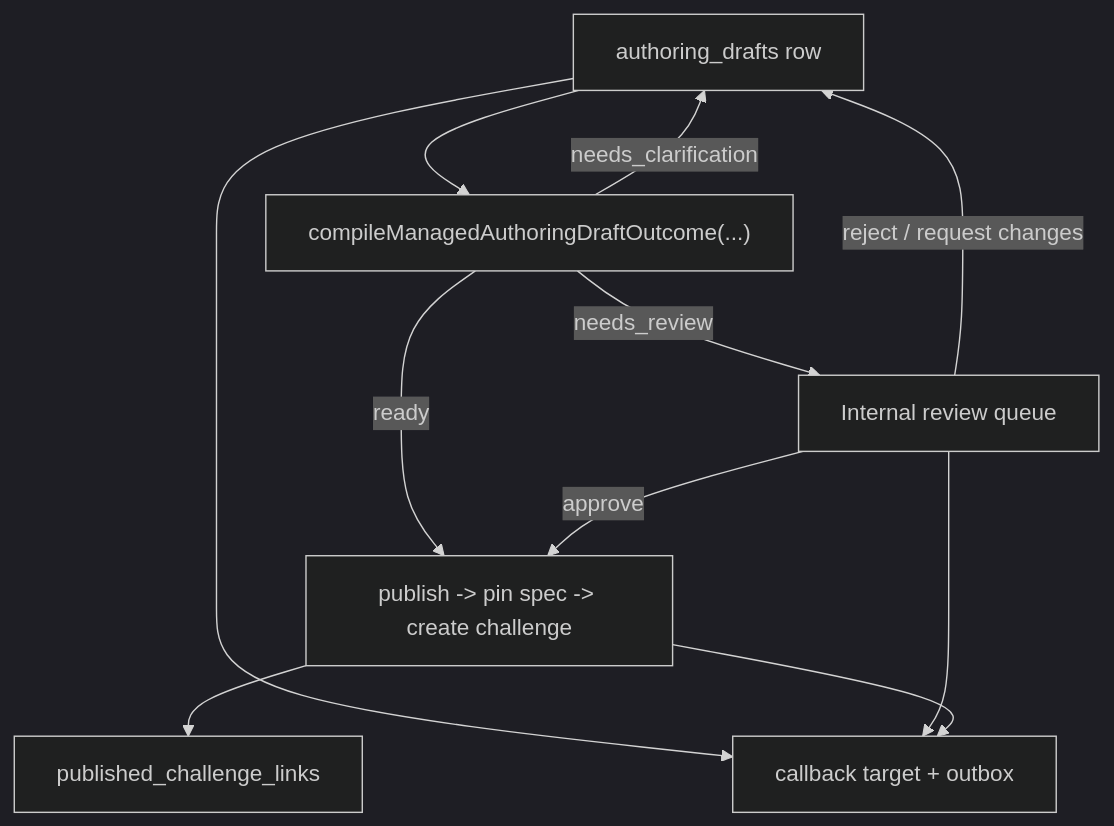
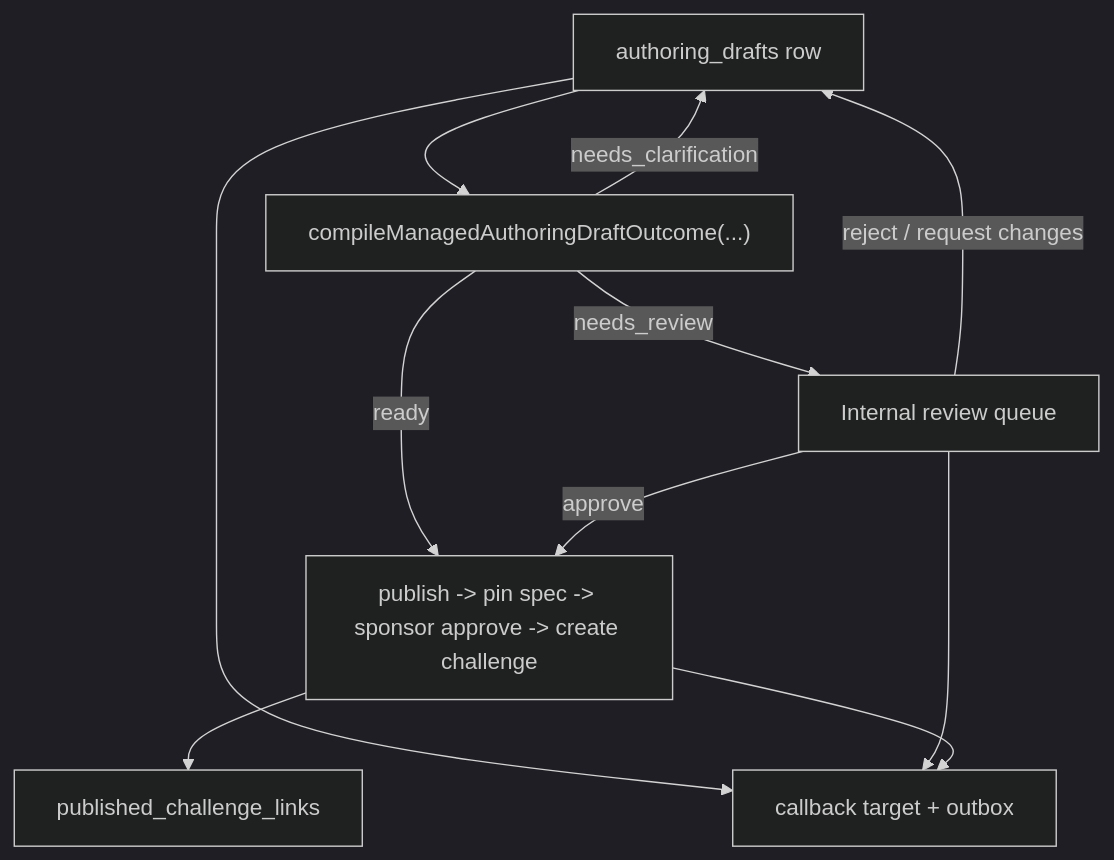
One commit to andymolecule/Agora changed the seventh of 9 diagrams in docs/system-anatomy.md. Above: the diagram before and after it, drawn with Mermaid (dark theme). The commit also changed other lines of this file and 45 other files, not shown here.

Commit message:
Implement OpenClaw-first sponsored Beach flow

````diff
--- a/docs/system-anatomy.md
+++ b/docs/system-anatomy.md
@@ -955,20 +968,20 @@
 ```mermaid
 flowchart TD
     Draft["authoring_drafts row"]
     Compile["compileManagedAuthoringDraftOutcome(...)"]
     Review["Internal review queue"]
-    Publish["publish -> pin spec -> create challenge"]
+    Publish["publish -> pin spec -> sponsor approve -> create challenge"]
     Link["published_challenge_links"]
     Callback["callback target + outbox"]
 
     Draft --> Compile
     Compile -->|"ready"| Publish
     Compile -->|"needs_review"| Review
     Compile -->|"needs_clarification"| Draft
     Review -->|"approve"| Publish
     Review -->|"reject / request changes"| Draft
     Publish --> Link
     Draft --> Callback
     Review --> Callback
     Publish --> Callback
 ```
````
